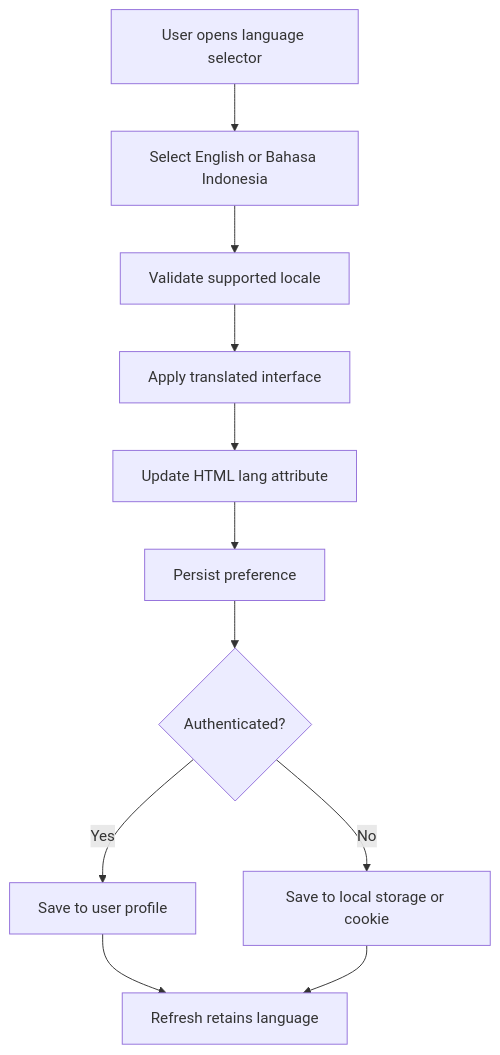
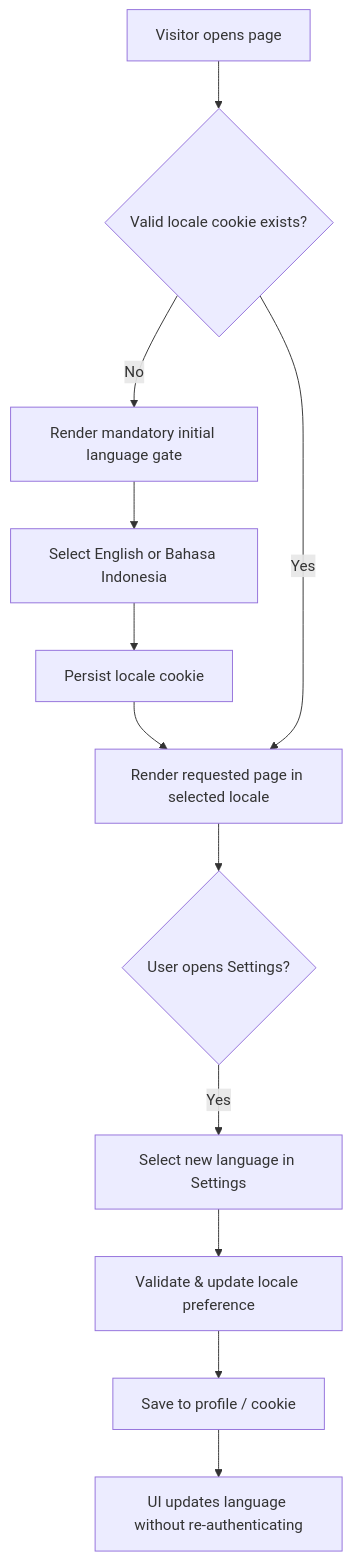
The sixth of 6 diagrams in docs/USER_FLOWS.md (Hugo141132/Melon), drawn with Mermaid before and after one commit. The commit also changed other lines of this file and 18 other files, not shown here.

````diff
--- a/docs/USER_FLOWS.md
+++ b/docs/USER_FLOWS.md
@@ -196,13 +196,14 @@
 ```mermaid
 flowchart TD
-    A[User opens language selector] --> B[Select English or Bahasa Indonesia]
-    B --> C[Validate supported locale]
-    C --> D[Apply translated interface]
-    D --> E[Update HTML lang attribute]
-    E --> F[Persist preference]
-    F --> G{Authenticated?}
-    G -- Yes --> H[Save to user profile]
-    G -- No --> I[Save to local storage or cookie]
-    H --> J[Refresh retains language]
-    I --> J
+    A[Visitor opens page] --> B{Valid locale cookie exists?}
+    B -- No --> C[Render mandatory initial language gate]
+    C --> D[Select English or Bahasa Indonesia]
+    D --> E[Persist locale cookie]
+    E --> F[Render requested page in selected locale]
+    B -- Yes --> F
+    F --> G{User opens Settings?}
+    G -- Yes --> H[Select new language in Settings]
+    H --> I[Validate & update locale preference]
+    I --> J[Save to profile / cookie]
+    J --> K[UI updates language without re-authenticating]
 ```
````
